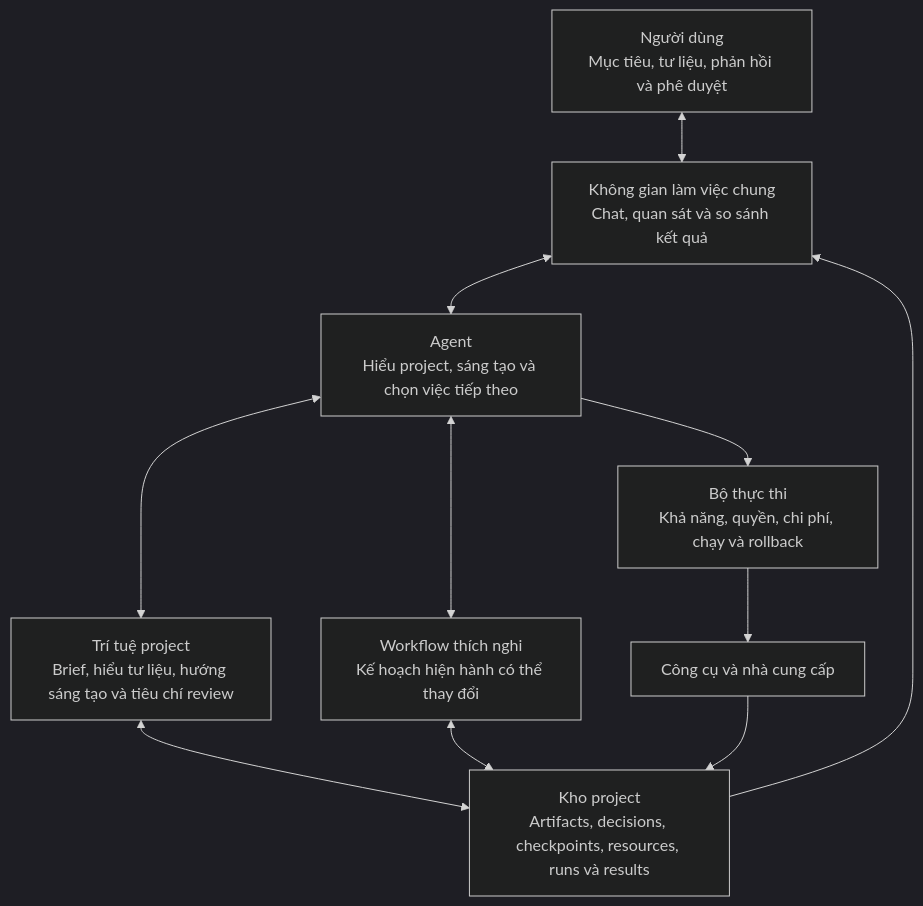
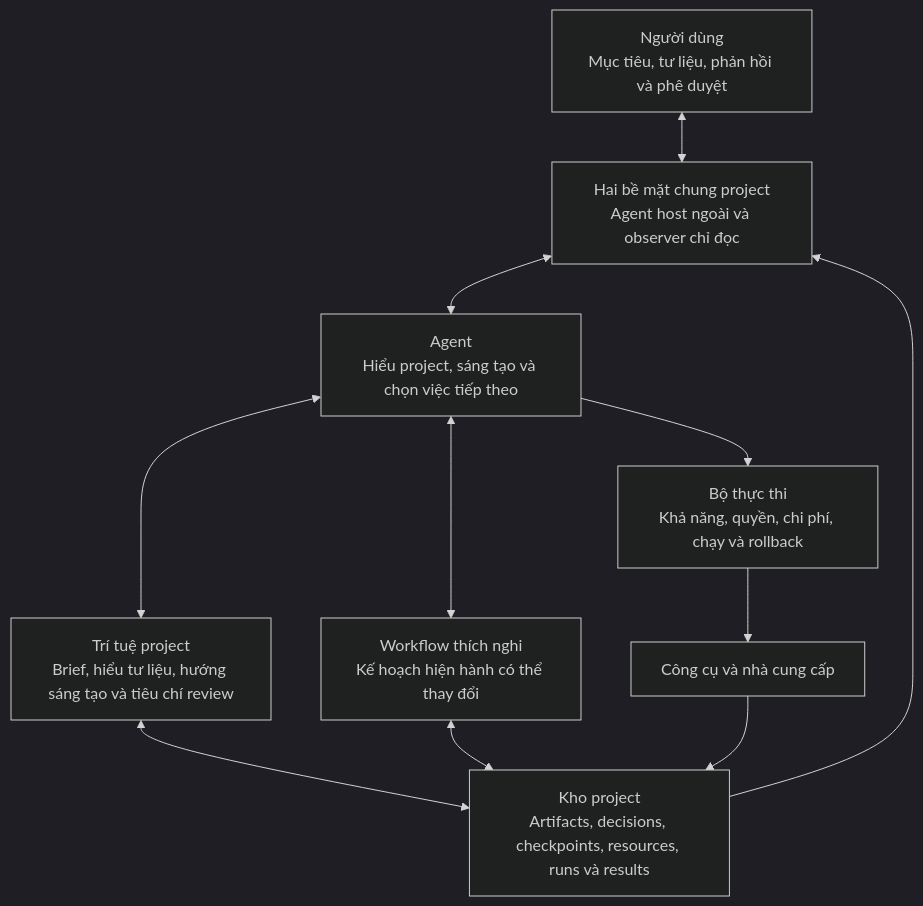
The first of 2 diagrams in docs/build/PADSTUDIO-CURRENT-DIRECTION.md (padduwcs/PADStudio), drawn with Mermaid (dark theme) before and after one commit. The commit also changed other lines of this file and 54 other files, not shown here.

````diff
--- a/docs/build/PADSTUDIO-CURRENT-DIRECTION.md
+++ b/docs/build/PADSTUDIO-CURRENT-DIRECTION.md
@@ -35,19 +35,19 @@
 ```mermaid
 flowchart TB
     U[Người dùng<br/>Mục tiêu, tư liệu, phản hồi và phê duyệt]
-    W[Không gian làm việc chung<br/>Chat, quan sát và so sánh kết quả]
+    W[Hai bề mặt chung project<br/>Agent host ngoài và observer chỉ đọc]
     A[Agent<br/>Hiểu project, sáng tạo và chọn việc tiếp theo]
     I[Trí tuệ project<br/>Brief, hiểu tư liệu, hướng sáng tạo và tiêu chí review]
     F[Workflow thích nghi<br/>Kế hoạch hiện hành có thể thay đổi]
     P[Kho project<br/>Artifacts, decisions, checkpoints, resources, runs và results]
     E[Bộ thực thi<br/>Khả năng, quyền, chi phí, chạy và rollback]
     T[Công cụ và nhà cung cấp]
 
     U <--> W <--> A
     A <--> I
     A <--> F
     I <--> P
     F <--> P
     A --> E --> T --> P
     P --> W
 ```
````
